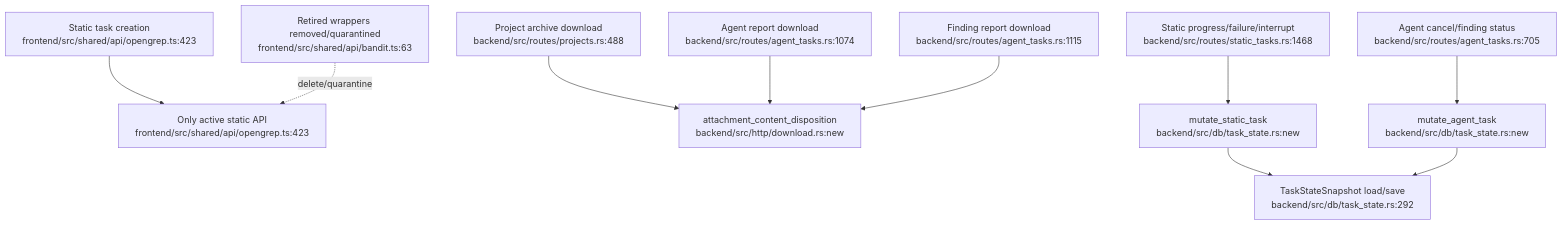
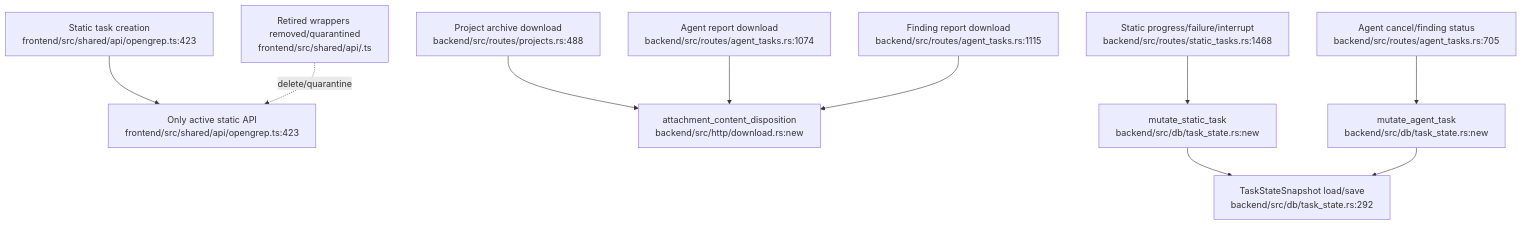
The diagram in PATHFINDER-2026-04-30/03-unified-proposal.md (happytraveller-alone/Argus), drawn with Mermaid before and after one commit. The commit also changed other lines of this file and 81 other files, not shown here.

````diff
--- a/PATHFINDER-2026-04-30/03-unified-proposal.md
+++ b/PATHFINDER-2026-04-30/03-unified-proposal.md
@@ -96,14 +93,14 @@
 ```mermaid
 flowchart TD
   StaticUI["Static task creation<br/>frontend/src/shared/api/opengrep.ts:423"] --> OpengrepOnly["Only active static API<br/>frontend/src/shared/api/opengrep.ts:423"]
-  Retired["Retired wrappers removed/quarantined<br/>frontend/src/shared/api/bandit.ts:63"] -.delete/quarantine.-> OpengrepOnly
+  Retired["Retired wrappers removed/quarantined<br/>frontend/src/shared/api/<retired-engine>.ts"] -.delete/quarantine.-> OpengrepOnly
 
   ProjectDownload["Project archive download<br/>backend/src/routes/projects.rs:488"] --> DownloadUtil["attachment_content_disposition<br/>backend/src/http/download.rs:new"]
   ReportDownload["Agent report download<br/>backend/src/routes/agent_tasks.rs:1074"] --> DownloadUtil
   FindingReport["Finding report download<br/>backend/src/routes/agent_tasks.rs:1115"] --> DownloadUtil
 
   StaticProgress["Static progress/failure/interrupt<br/>backend/src/routes/static_tasks.rs:1468"] --> MutateStatic["mutate_static_task<br/>backend/src/db/task_state.rs:new"]
   AgentCancel["Agent cancel/finding status<br/>backend/src/routes/agent_tasks.rs:705"] --> MutateAgent["mutate_agent_task<br/>backend/src/db/task_state.rs:new"]
   MutateStatic --> Snapshot["TaskStateSnapshot load/save<br/>backend/src/db/task_state.rs:292"]
   MutateAgent --> Snapshot
 ```
````
